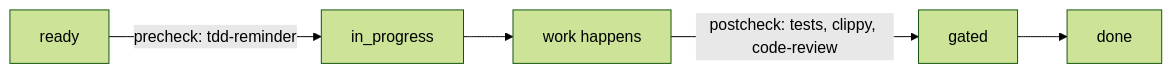
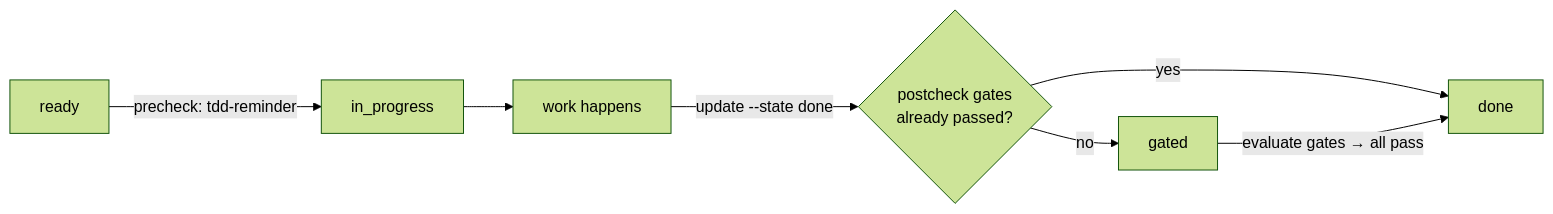
One commit to erankavija/just-in-time changed the fifth of 9 diagrams in docs/concepts/core-model.md. Above: the diagram before and after it, drawn with Mermaid (forest theme). The commit also changed 8 other files, not shown here.

First line of the commit message:
docs(jit:2d109173): fix prefix-min, lease-diagram, gate-diagram, config-precedence

````diff
--- a/docs/concepts/core-model.md
+++ b/docs/concepts/core-model.md
@@ -558,7 +558,9 @@
 ```mermaid
 flowchart LR
     R[ready] -->|"precheck: tdd-reminder"| P[in_progress]
     P --> W[work happens]
-    W -->|"postcheck: tests, clippy, code-review"| G[gated]
-    G --> D[done]
+    W -->|"update --state done"| Q{"postcheck gates<br/>already passed?"}
+    Q -->|no| G[gated]
+    Q -->|yes| D[done]
+    G -->|"evaluate gates → all pass"| D
 ```
````
